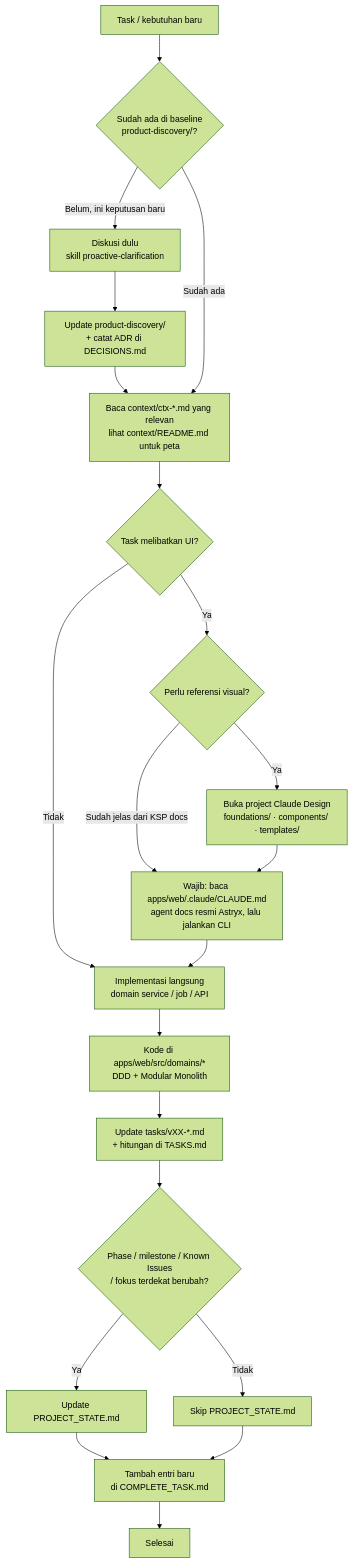
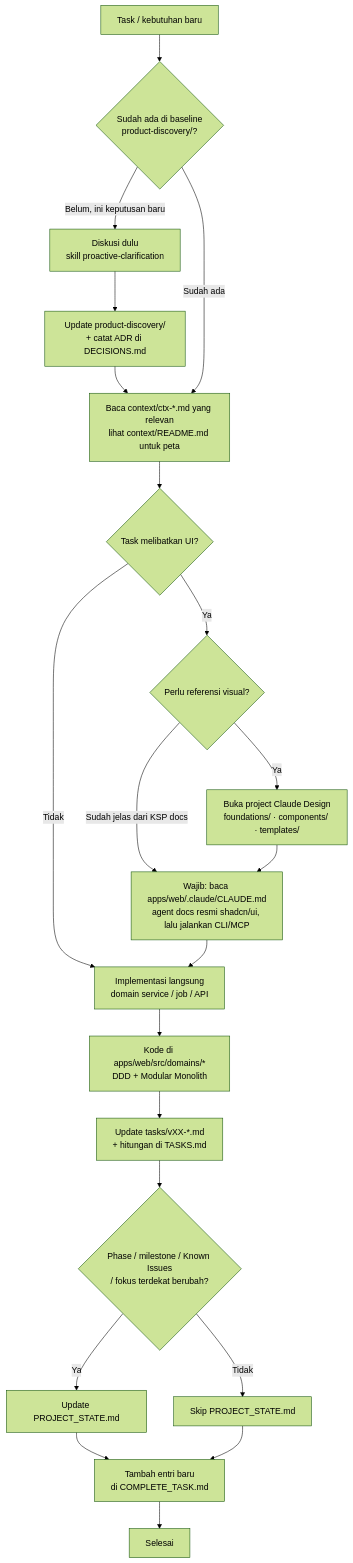
The first of 3 diagrams in project-manager/DEVELOPER_WORKFLOW.md (reziSaktiva/social-media-management), drawn with Mermaid (forest theme) before and after one commit. The commit also changed 9 other files, not shown here.

````diff
--- a/project-manager/DEVELOPER_WORKFLOW.md
+++ b/project-manager/DEVELOPER_WORKFLOW.md
@@ -21,27 +21,27 @@
 ```mermaid
 flowchart TD
   A[Task / kebutuhan baru] --> B{Sudah ada di baseline<br/>product-discovery/?}
 
   B -->|Belum, ini keputusan baru| C[Diskusi dulu<br/>skill proactive-clarification]
   C --> D[Update product-discovery/<br/>+ catat ADR di DECISIONS.md]
   D --> E
   B -->|Sudah ada| E[Baca context/ctx-*.md yang relevan<br/>lihat context/README.md untuk peta]
 
   E --> F{Task melibatkan UI?}
   F -->|Tidak| K[Implementasi langsung<br/>domain service / job / API]
 
   F -->|Ya| G{Perlu referensi visual?}
   G -->|Ya| H[Buka project Claude Design<br/>foundations/ · components/ · templates/]
   G -->|Sudah jelas dari KSP docs| I
-  H --> I[Wajib: baca apps/web/.claude/CLAUDE.md<br/>agent docs resmi Astryx, lalu jalankan CLI]
+  H --> I[Wajib: baca apps/web/.claude/CLAUDE.md<br/>agent docs resmi shadcn/ui, lalu jalankan CLI/MCP]
   I --> K
 
   K --> L[Kode di apps/web/src/domains/*<br/>DDD + Modular Monolith]
   L --> M[Update tasks/vXX-*.md<br/>+ hitungan di TASKS.md]
   M --> N{Phase / milestone / Known Issues<br/>/ fokus terdekat berubah?}
   N -->|Ya| P[Update PROJECT_STATE.md]
   N -->|Tidak| Q[Skip PROJECT_STATE.md]
   P --> R[Tambah entri baru<br/>di COMPLETE_TASK.md]
   Q --> R
   R --> O[Selesai]
 ```
````
